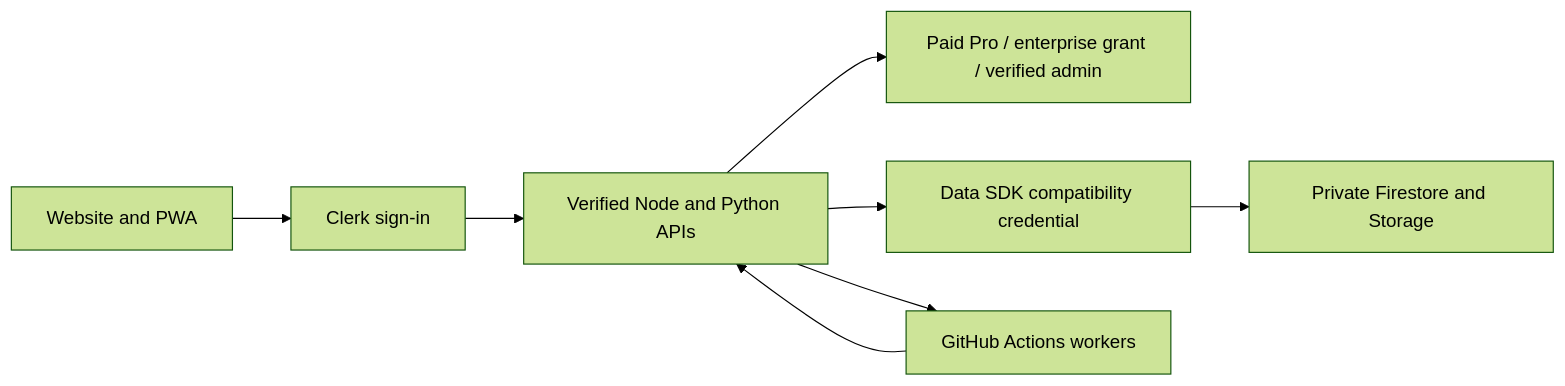
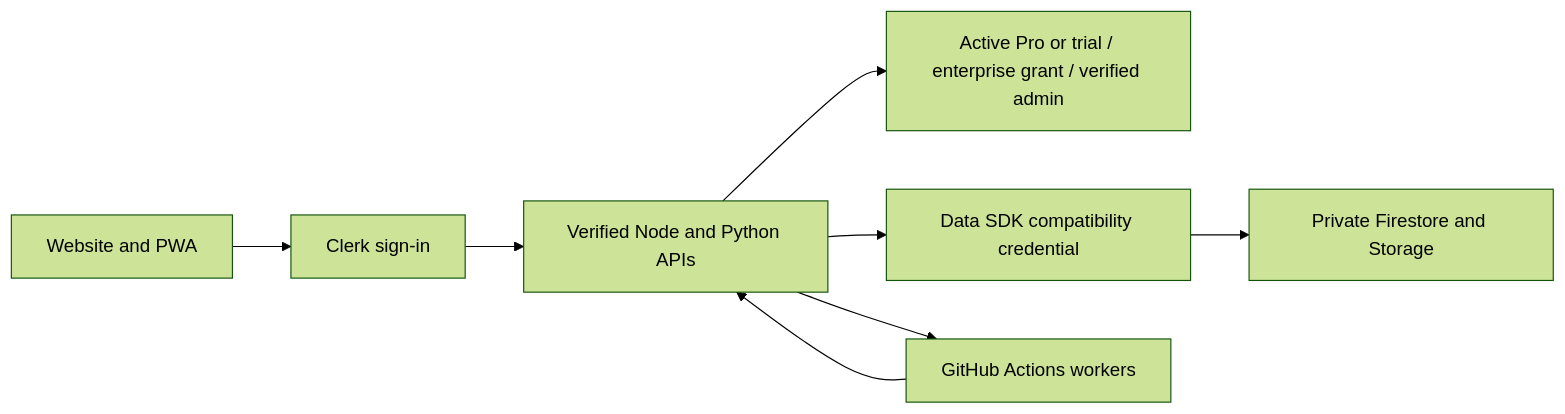
One commit to tamzid2001/stockssagemakerdata changed the diagram in docs/wiki/Architecture-and-Operations.md. Above: the diagram before and after it, drawn with Mermaid (forest theme). The commit also changed other lines of this file and 40 other files, not shown here.

Commit message:
Include Pro trials in API access and refresh homepage source branding

````diff
--- a/docs/wiki/Architecture-and-Operations.md
+++ b/docs/wiki/Architecture-and-Operations.md
@@ -22,10 +22,10 @@
 ```mermaid
 flowchart LR
     Web[Website and PWA] --> Clerk[Clerk sign-in]
     Clerk --> API[Verified Node and Python APIs]
-    API --> Grant[Paid Pro / enterprise grant / verified admin]
+    API --> Grant["Active Pro or trial / enterprise grant / verified admin"]
     API --> Bridge[Data SDK compatibility credential]
     Bridge --> Data[Private Firestore and Storage]
     API --> Jobs[GitHub Actions workers]
     Jobs --> API
 ```
````
